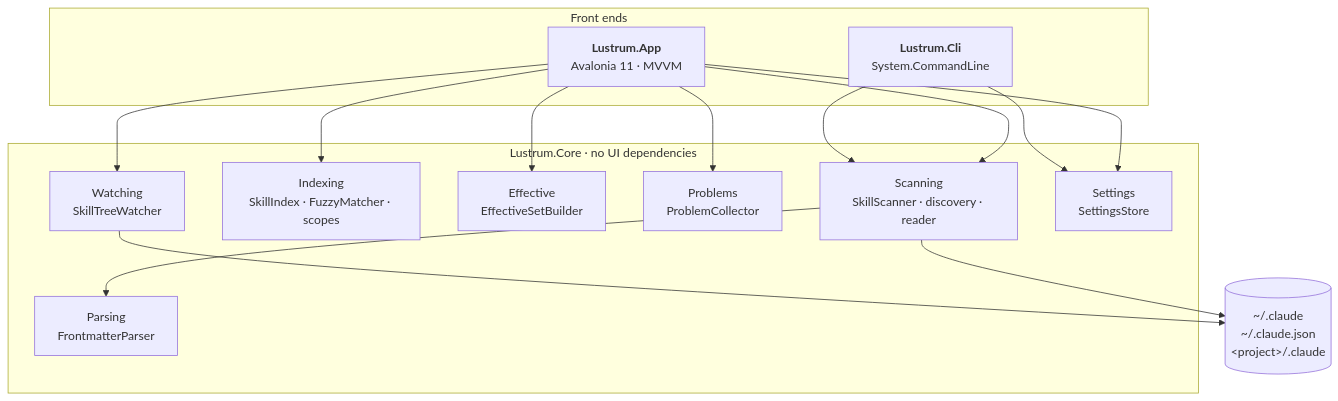
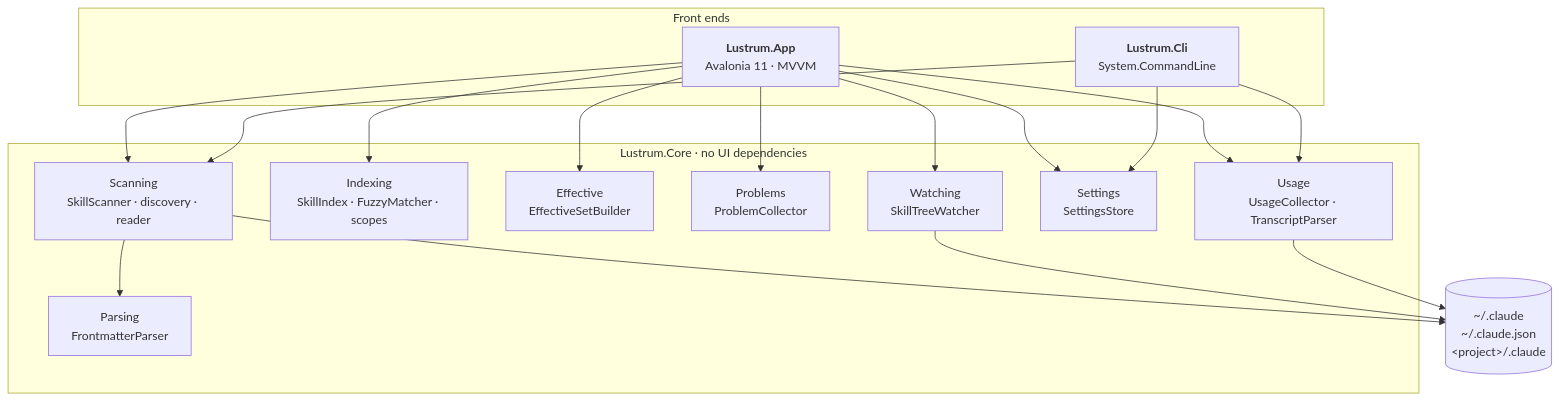
One commit to sburdenko/lustrum changed the first of 2 diagrams in README.md. Above: the diagram before and after it, drawn with Mermaid. The commit also changed other lines of this file and 42 other files, not shown here.

````diff
--- a/README.md
+++ b/README.md
@@ -138,25 +141,27 @@
 ```mermaid
 flowchart TB
     subgraph front["Front ends"]
         app["<b>Lustrum.App</b><br/>Avalonia 11 · MVVM"]
         cli["<b>Lustrum.Cli</b><br/>System.CommandLine"]
     end
 
     subgraph core["Lustrum.Core · no UI dependencies"]
         scanner["Scanning<br/>SkillScanner · discovery · reader"]
         parser["Parsing<br/>FrontmatterParser"]
         index["Indexing<br/>SkillIndex · FuzzyMatcher · scopes"]
         effective["Effective<br/>EffectiveSetBuilder"]
         problems["Problems<br/>ProblemCollector"]
         watching["Watching<br/>SkillTreeWatcher"]
         settings["Settings<br/>SettingsStore"]
+        usage["Usage<br/>UsageCollector · TranscriptParser"]
     end
 
     disk[("~/.claude<br/>~/.claude.json<br/>&lt;project&gt;/.claude")]
 
-    app --> scanner & index & effective & problems & watching & settings
-    cli --> scanner & settings
+    app --> scanner & index & effective & problems & watching & settings & usage
+    cli --> scanner & settings & usage
     scanner --> parser
     scanner --> disk
     watching --> disk
+    usage --> disk
 ```
````
